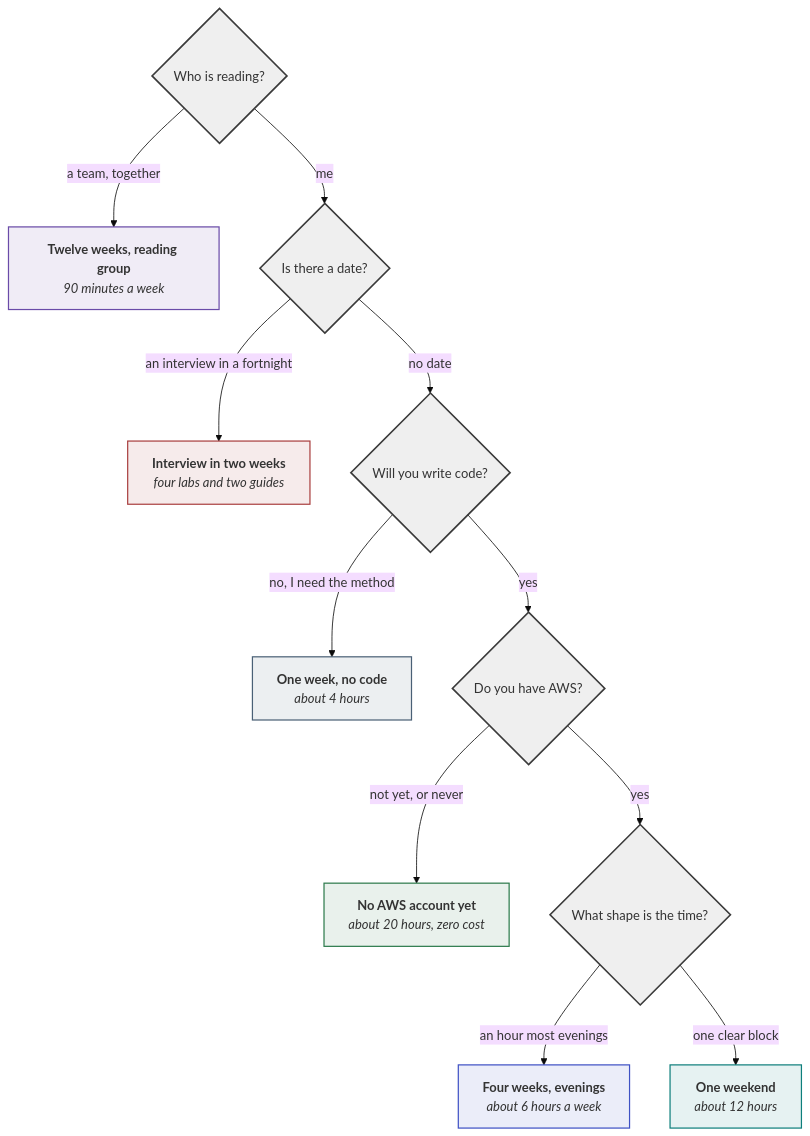
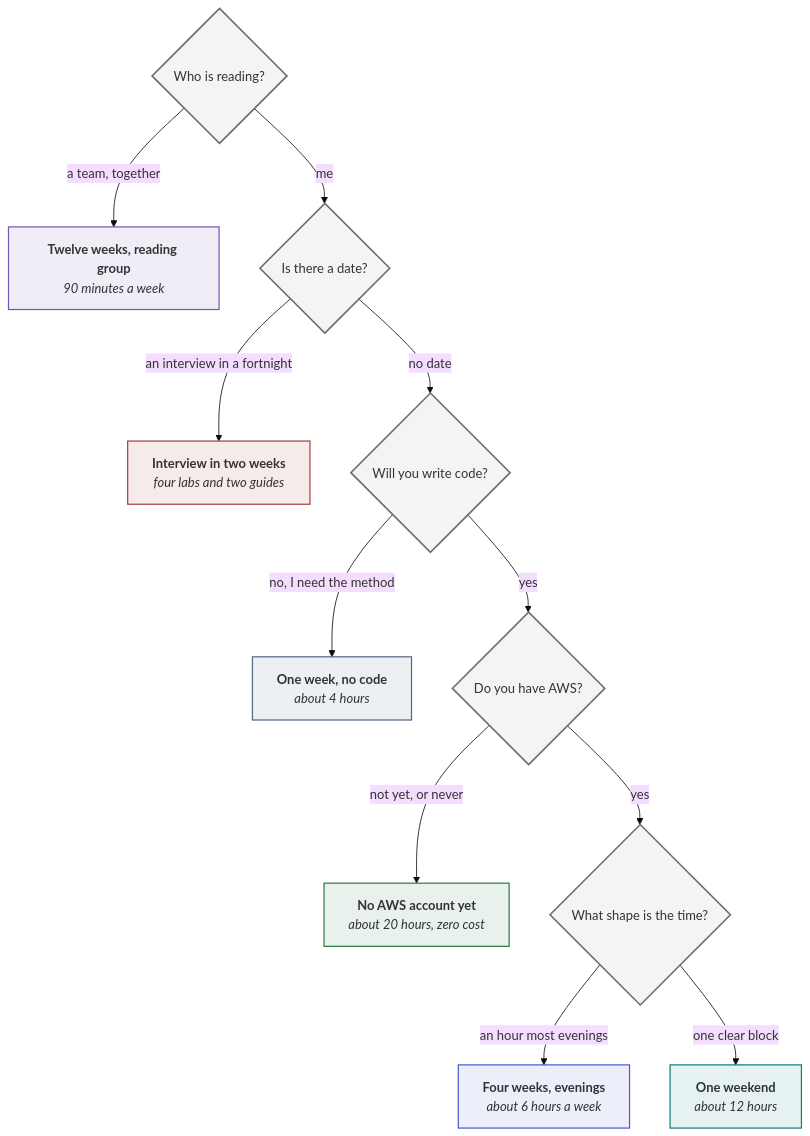
Before and after one commit to akash-coded/aws-bedrock-agentcore-strands: the diagram in wiki/Study-Plans.md, drawn with Mermaid (base theme). The commit also changed 19 other files, not shown here.

````diff
--- a/wiki/Study-Plans.md
+++ b/wiki/Study-Plans.md
@@ -14,29 +14,29 @@
 ```mermaid
 flowchart TD
   Q1{"Who is reading?"}
   Q1 -->|"a team, together"| T["<b>Twelve weeks, reading group</b><br/><i>90 minutes a week</i>"]
   Q1 -->|"me"| Q2{"Is there a date?"}
   Q2 -->|"an interview in a fortnight"| I["<b>Interview in two weeks</b><br/><i>four labs and two guides</i>"]
   Q2 -->|"no date"| Q3{"Will you write code?"}
   Q3 -->|"no, I need the method"| W["<b>One week, no code</b><br/><i>about 4 hours</i>"]
   Q3 -->|"yes"| Q4{"Do you have AWS?"}
   Q4 -->|"not yet, or never"| N["<b>No AWS account yet</b><br/><i>about 20 hours, zero cost</i>"]
   Q4 -->|"yes"| Q5{"What shape is the time?"}
   Q5 -->|"an hour most evenings"| E["<b>Four weeks, evenings</b><br/><i>about 6 hours a week</i>"]
   Q5 -->|"one clear block"| K["<b>One weekend</b><br/><i>about 12 hours</i>"]
 
-  classDef ask fill:#3A3A3A14,stroke:#3A3A3A,stroke-width:2px
-  classDef team fill:#6A4BA81A,stroke:#6A4BA8,stroke-width:1.5px
+  classDef ask fill:#6E6E6E14,stroke:#6E6E6E,stroke-width:2px
+  classDef team fill:#7455B31A,stroke:#7455B3,stroke-width:1.5px
   classDef intv fill:#A93F3F1A,stroke:#A93F3F,stroke-width:1.5px
-  classDef meth fill:#4A60761A,stroke:#4A6076,stroke-width:1.5px
+  classDef meth fill:#5169811A,stroke:#516981,stroke-width:1.5px
   classDef noac fill:#2C7A4B1A,stroke:#2C7A4B,stroke-width:1.5px
-  classDef eve fill:#3F51C41A,stroke:#3F51C4,stroke-width:1.5px
+  classDef eve fill:#4B5CC81A,stroke:#4B5CC8,stroke-width:1.5px
   classDef wknd fill:#0E7F7C1A,stroke:#0E7F7C,stroke-width:1.5px
   class Q1,Q2,Q3,Q4,Q5 ask
   class T team
   class I intv
   class W meth
   class N noac
   class E eve
   class K wknd
 ```
````
